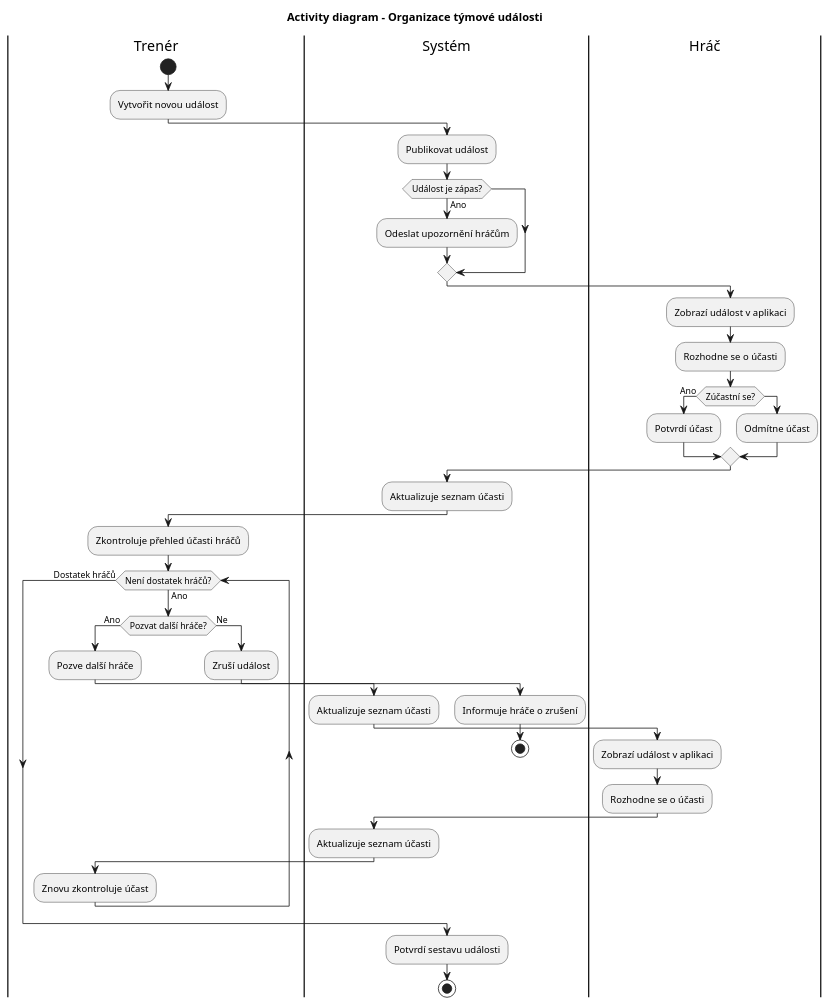
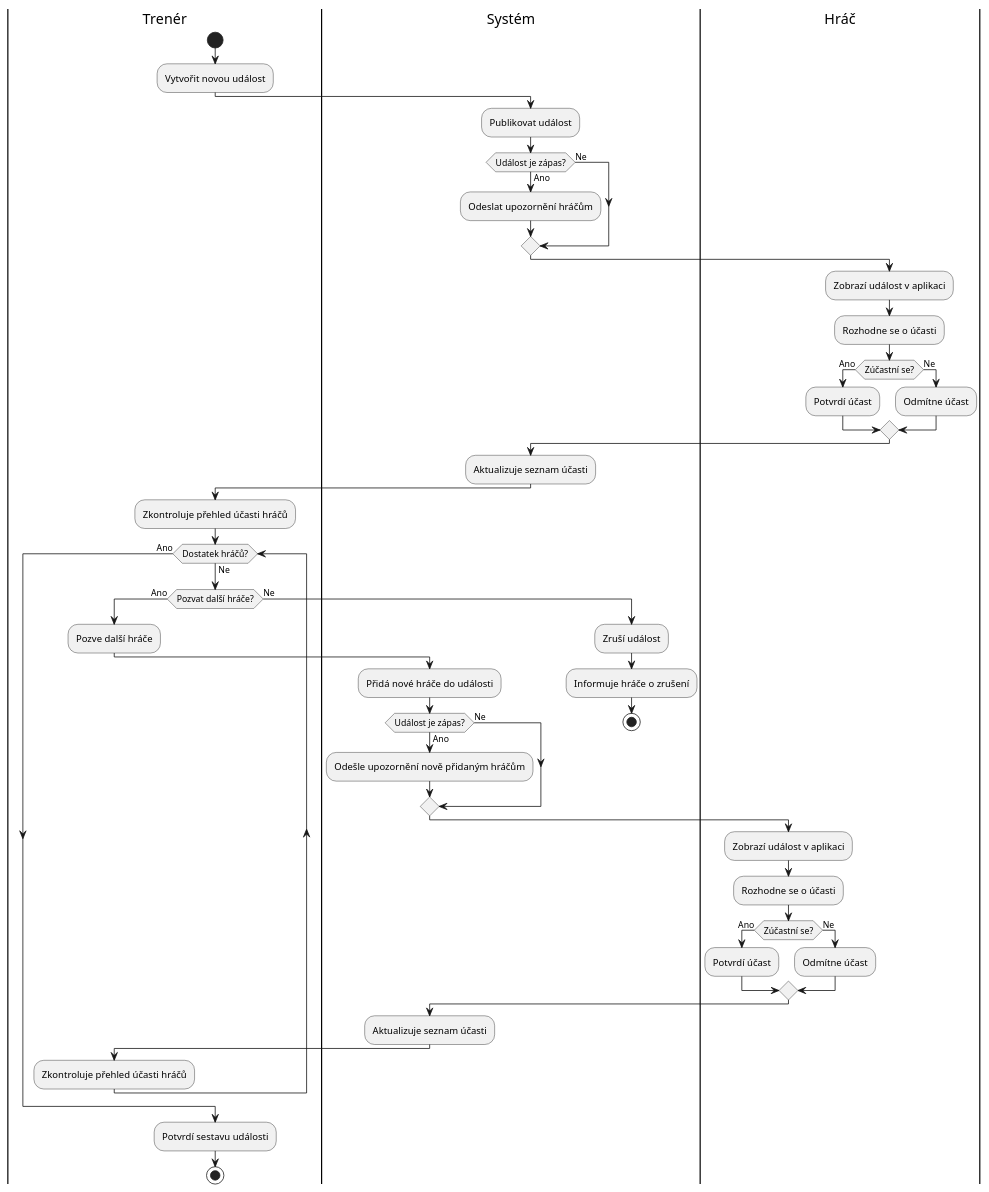
One commit to TomasHusarik/SpravujTym changed the diagram in LLM/activity-diagram-teamevent.plantuml. Above: the diagram before and after it, drawn with PlantUML. The commit also changed 4 other files, not shown here.

```diff
--- a/LLM/activity-diagram-teamevent.plantuml
+++ b/LLM/activity-diagram-teamevent.plantuml
@@ -1,66 +1,74 @@
 @startuml
-title Activity diagram – Organizace týmové události
+skinparam linetype ortho
+skinparam ranksep 35
+skinparam nodesep 25
 
 |Trenér|
 start
 :Vytvořit novou událost;
 
 |Systém|
 :Publikovat událost;
 
 if (Událost je zápas?) then (Ano)
 :Odeslat upozornění hráčům;
+else (Ne)
 endif
 
 |Hráč|
 :Zobrazí událost v aplikaci;
 :Rozhodne se o účasti;
 
 if (Zúčastní se?) then (Ano)
 :Potvrdí účast;
-else
+else (Ne)
 :Odmítne účast;
 endif
 
 |Systém|
 :Aktualizuje seznam účasti;
 
 |Trenér|
 :Zkontroluje přehled účasti hráčů;
 
-while (Není dostatek hráčů?) is (Ano)
+while (Dostatek hráčů?) is (Ne)
+  if (Pozvat další hráče?) then (Ano)
+    :Pozve další hráče;
 
-if (Pozvat další hráče?) then (Ano)
+    |Systém|
+    :Přidá nové hráče do události;
 
-:Pozve další hráče;
+    if (Událost je zápas?) then (Ano)
+      :Odešle upozornění nově přidaným hráčům;
+    else (Ne)
+    endif
 
-|Systém|
-:Aktualizuje seznam účasti;
+    |Hráč|
+    :Zobrazí událost v aplikaci;
+    :Rozhodne se o účasti;
 
-|Hráč|
-:Zobrazí událost v aplikaci;
-:Rozhodne se o účasti;
+    if (Zúčastní se?) then (Ano)
+    :Potvrdí účast;
+    else (Ne)
+    :Odmítne účast;
+    endif
 
-|Systém|
-:Aktualizuje seznam účasti;
+    |Systém|
+    :Aktualizuje seznam účasti;
+
+    |Trenér|
+    :Zkontroluje přehled účasti hráčů;
+
+  else (Ne)
+    |Systém|
+    :Zruší událost;
+    :Informuje hráče o zrušení;
+    stop
+  endif
+endwhile (Ano)
 
 |Trenér|
-:Znovu zkontroluje účast;
-
-else (Ne)
-
-:Zruší událost;
-
-|Systém|
-:Informuje hráče o zrušení;
-
-stop
-
-endif
-
-endwhile (Dostatek hráčů)
-
 :Potvrdí sestavu události;
 
 stop
 @enduml
```
